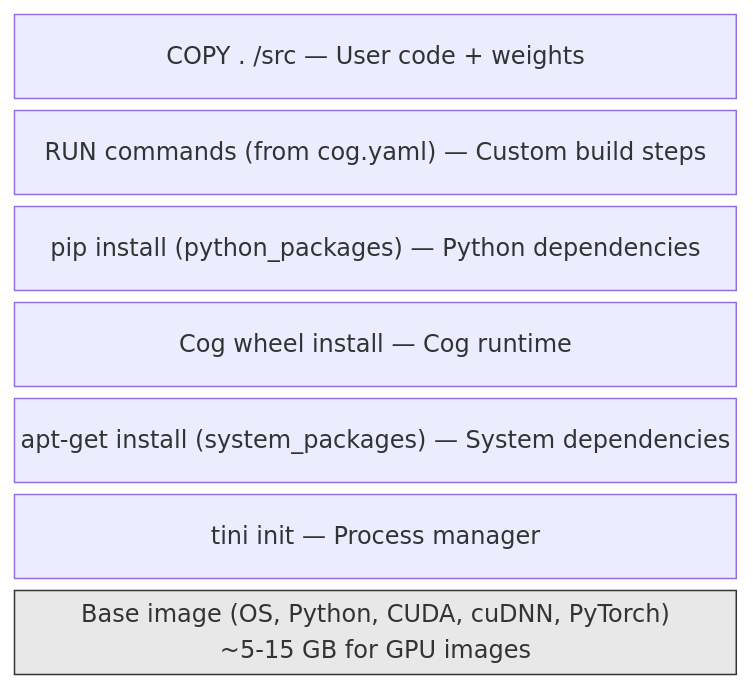
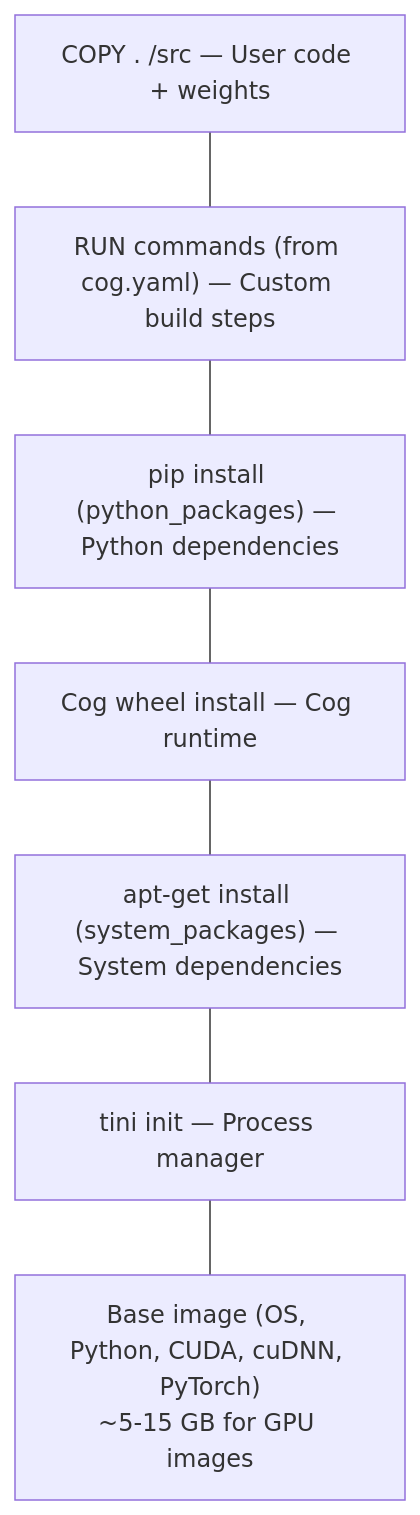
Before and after one commit to replicate/cog: the fifth of 5 diagrams in architecture/05-build-system.md, drawn with Mermaid. The commit also changed 2 other files, not shown here.

Commit message:
Replace block-beta diagrams with flowcharts
block-beta with custom fill colors breaks on GitHub dark mode --
white text on pink/grey backgrounds. Switch to plain flowcharts
with subgraphs, no custom styles.

````diff
--- a/architecture/05-build-system.md
+++ b/architecture/05-build-system.md
@@ -245,13 +245,10 @@
 ```mermaid
-block-beta
-    columns 1
-    copy["COPY . /src — User code + weights"]
-    run["RUN commands (from cog.yaml) — Custom build steps"]
-    pip["pip install (python_packages) — Python dependencies"]
-    wheel["Cog wheel install — Cog runtime"]
-    apt["apt-get install (system_packages) — System dependencies"]
-    tini["tini init — Process manager"]
+flowchart TB
+    copy["COPY . /src — User code + weights"] --- run
+    run["RUN commands (from cog.yaml) — Custom build steps"] --- pip
+    pip["pip install (python_packages) — Python dependencies"] --- wheel
+    wheel["Cog wheel install — Cog runtime"] --- apt
+    apt["apt-get install (system_packages) — System dependencies"] --- tini
+    tini["tini init — Process manager"] --- base
     base["Base image (OS, Python, CUDA, cuDNN, PyTorch)\n~5-15 GB for GPU images"]
-
-    style base fill:#e8e8e8,stroke:#333
 ```
````
